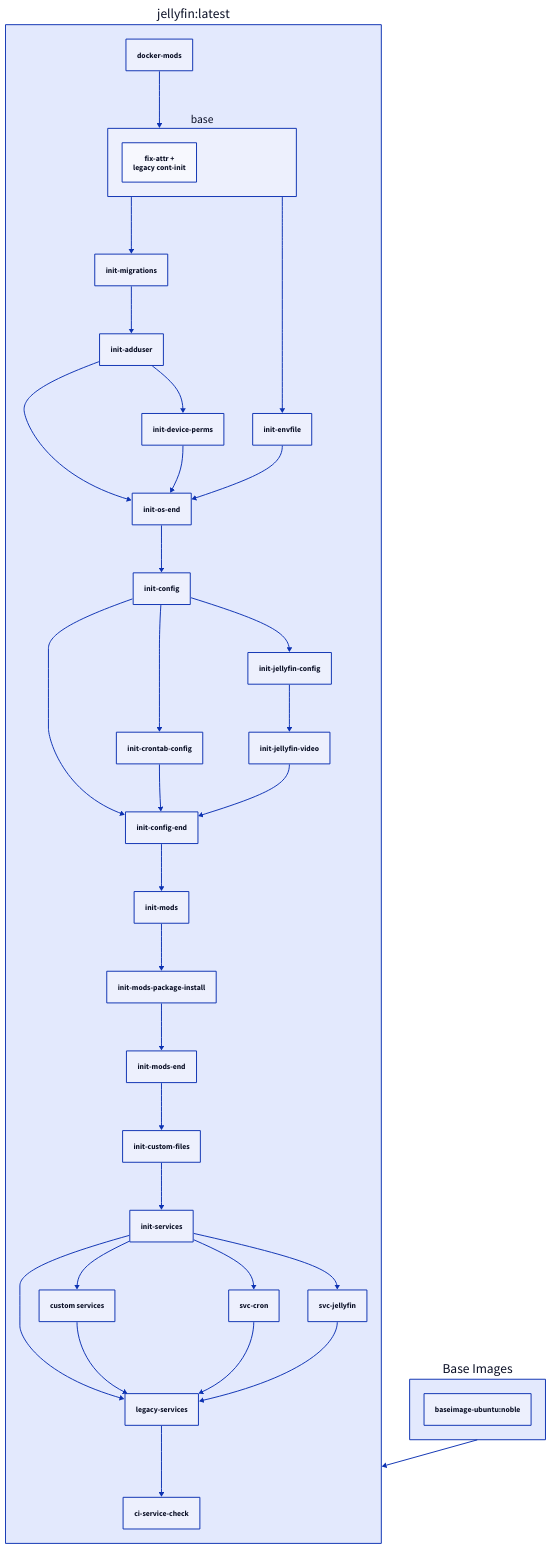
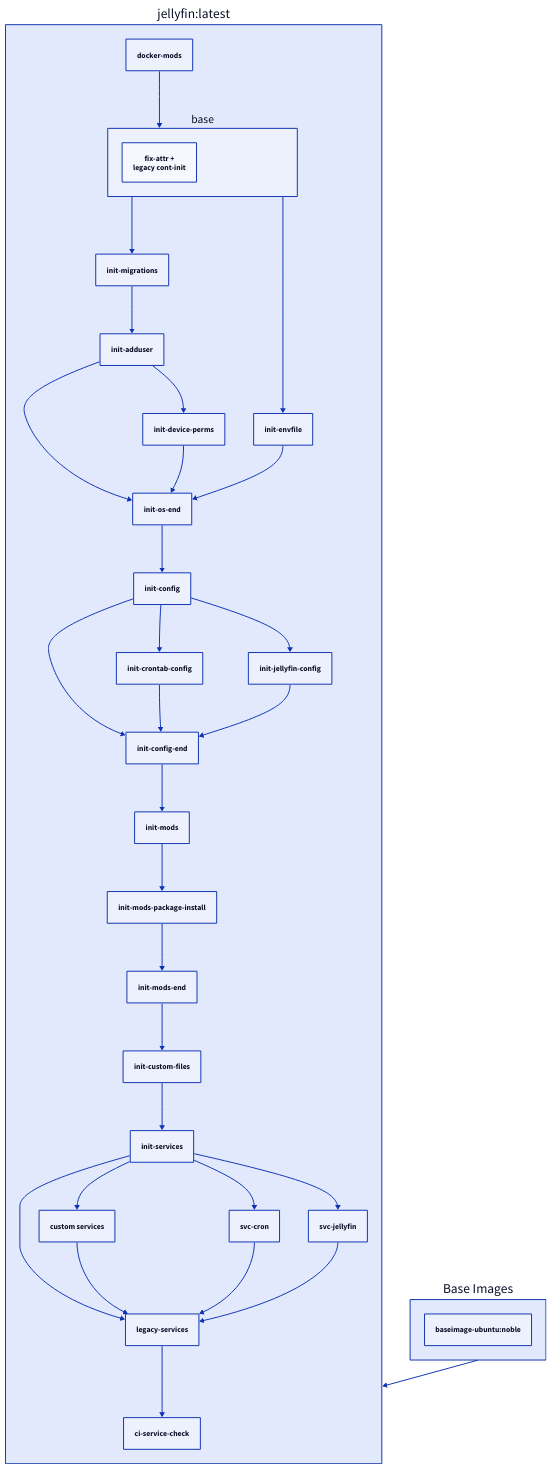
Before and after one commit to linuxserver/docker-documentation: the diagram in docs/images/docker-jellyfin.md, drawn with D2.

Commit message:
Bot Updating Documentation

````diff
--- a/docs/images/docker-jellyfin.md
+++ b/docs/images/docker-jellyfin.md
@@ -381,42 +381,41 @@
     ```d2
     "jellyfin:latest": {
       docker-mods
       base {
         fix-attr +\nlegacy cont-init
       }
       docker-mods -> base
       legacy-services
       custom services
       init-services -> legacy-services
       init-services -> custom services
       custom services -> legacy-services
       legacy-services -> ci-service-check
       init-migrations -> init-adduser
       init-os-end -> init-config
       init-config -> init-config-end
       init-crontab-config -> init-config-end
-      init-jellyfin-video -> init-config-end
+      init-jellyfin-config -> init-config-end
       init-config -> init-crontab-config
       init-mods-end -> init-custom-files
       init-adduser -> init-device-perms
       base -> init-envfile
       init-config -> init-jellyfin-config
-      init-jellyfin-config -> init-jellyfin-video
       base -> init-migrations
       init-config-end -> init-mods
       init-mods-package-install -> init-mods-end
       init-mods -> init-mods-package-install
       init-adduser -> init-os-end
       init-device-perms -> init-os-end
       init-envfile -> init-os-end
       init-custom-files -> init-services
       init-services -> svc-cron
       svc-cron -> legacy-services
       init-services -> svc-jellyfin
       svc-jellyfin -> legacy-services
     }
     Base Images: {
       "baseimage-ubuntu:noble"
     }
     "jellyfin:latest" <- Base Images
     ```
````
